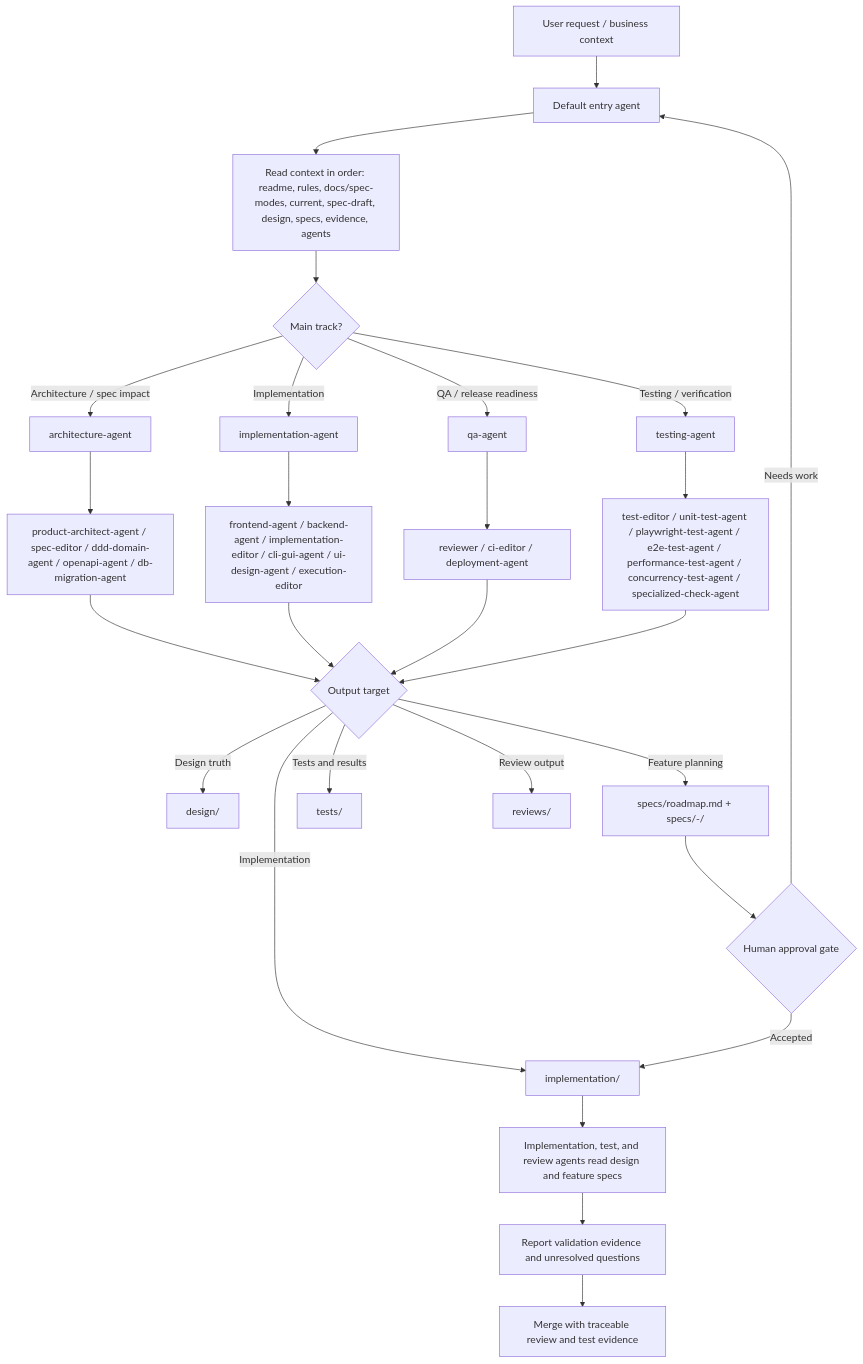
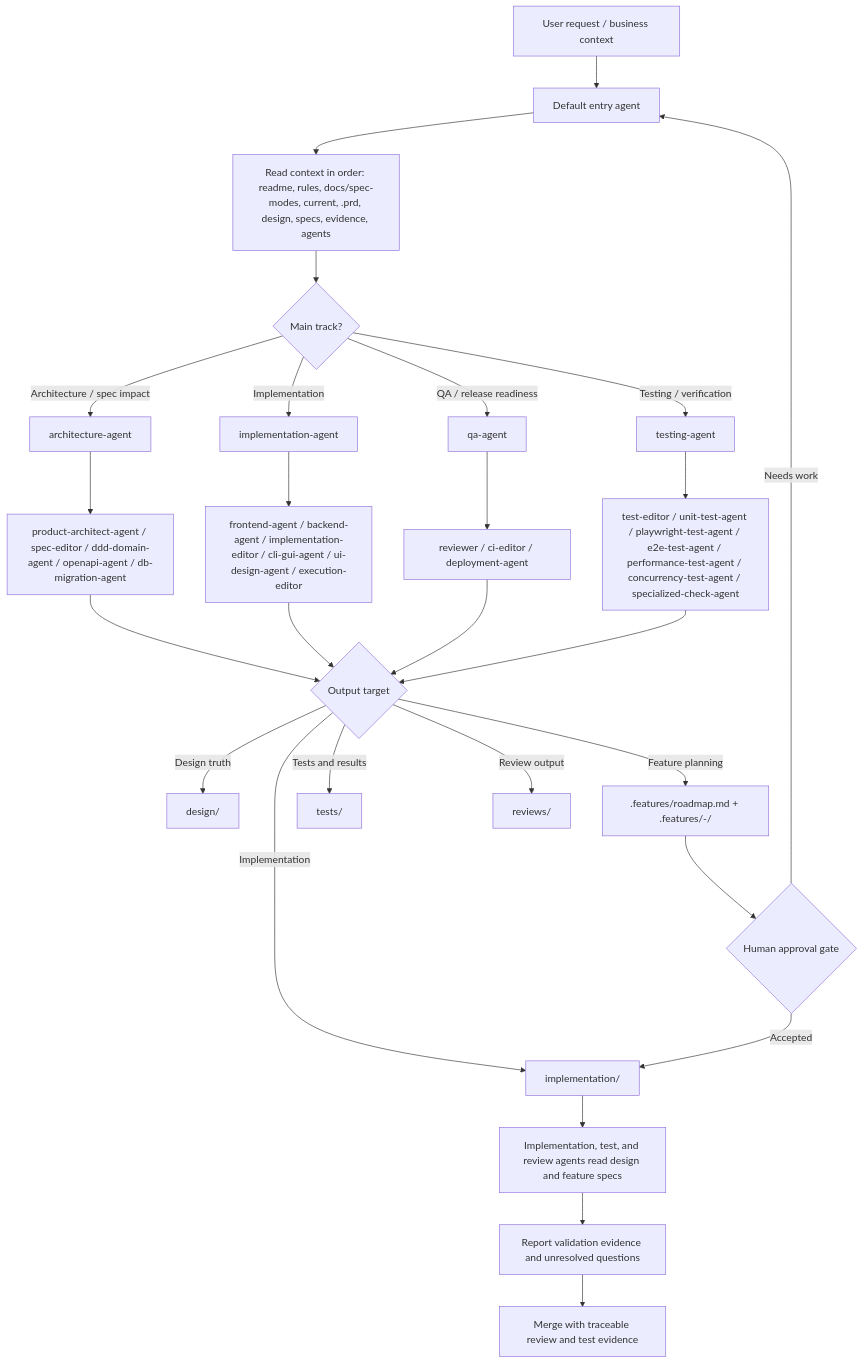
The first of 2 diagrams in .agents/README.md (liquiid727/SpecOps-Web-Console), drawn with Mermaid before and after one commit. The commit also changed other lines of this file and 368 other files, not shown here.

````diff
--- a/.agents/README.md
+++ b/.agents/README.md
@@ -159,34 +159,34 @@
 ```mermaid
 flowchart TD
   A["User request / business context"] --> B["Default entry agent"]
-  B --> C["Read context in order: readme, rules, docs/spec-modes, current, spec-draft, design, specs, evidence, agents"]
+  B --> C["Read context in order: readme, rules, docs/spec-modes, current, .prd, design, specs, evidence, agents"]
   C --> D{"Main track?"}
 
   D -->|Architecture / spec impact| E["architecture-agent"]
   D -->|Implementation| F["implementation-agent"]
   D -->|Testing / verification| H["testing-agent"]
   D -->|QA / release readiness| G["qa-agent"]
 
   E --> E1["product-architect-agent / spec-editor / ddd-domain-agent / openapi-agent / db-migration-agent"]
   F --> F1["frontend-agent / backend-agent / implementation-editor / cli-gui-agent / ui-design-agent / execution-editor"]
   H --> H1["test-editor / unit-test-agent / playwright-test-agent / e2e-test-agent / performance-test-agent / concurrency-test-agent / specialized-check-agent"]
   G --> G1["reviewer / ci-editor / deployment-agent"]
 
   E1 --> Q{"Output target"}
   F1 --> Q
   G1 --> Q
   H1 --> Q
 
   Q -->|Design truth| R["design/"]
-  Q -->|Feature planning| S["specs/roadmap.md + specs/<SPEC-ID>-<slug>/"]
+  Q -->|Feature planning| S[".features/roadmap.md + .features/<SPEC-ID>-<slug>/"]
   Q -->|Implementation| T["implementation/"]
   Q -->|Tests and results| U["tests/"]
   Q -->|Review output| V["reviews/"]
 
   S --> W{"Human approval gate"}
   W -->|Accepted| T
   W -->|Needs work| B
   T --> X["Implementation, test, and review agents read design and feature specs"]
   X --> Y["Report validation evidence and unresolved questions"]
   Y --> Z["Merge with traceable review and test evidence"]
 ```
````
